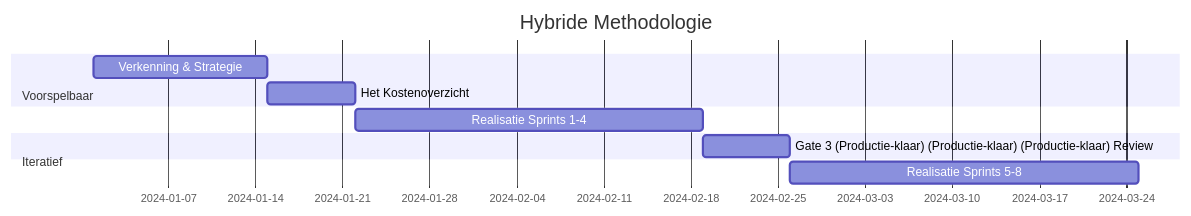
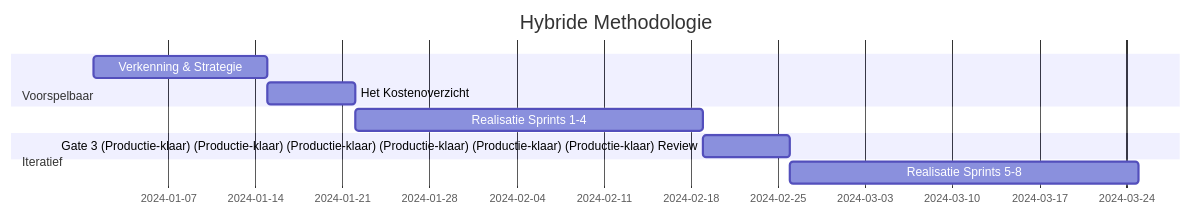
The diagram in docs/00-strategisch-kader/02-hybride-methodologie.md (vannifr/ai-project-blueprint), drawn with Mermaid before and after one commit. The commit also changed other lines of this file and 58 other files, not shown here.

````diff
--- a/docs/00-strategisch-kader/02-hybride-methodologie.md
+++ b/docs/00-strategisch-kader/02-hybride-methodologie.md
@@ -36,14 +36,14 @@
 ```mermaid
 gantt
     title Hybride Methodologie
     dateFormat  YYYY-MM-DD
     section Voorspelbaar
     Verkenning & Strategie     :p1, 2024-01-01, 2w
     Het Kostenoverzicht          :p2, after p1, 1w
     section Iteratief
     Realisatie Sprints 1-4     :s1, after p2, 4w
     section Voorspelbaar
-    Gate 3 (Productie-klaar) (Productie-klaar) (Productie-klaar) Review              :m1, after s1, 1w
+    Gate 3 (Productie-klaar) (Productie-klaar) (Productie-klaar) (Productie-klaar) (Productie-klaar) (Productie-klaar) Review              :m1, after s1, 1w
     section Iteratief
     Realisatie Sprints 5-8     :s2, after m1, 4w
 ```
````
